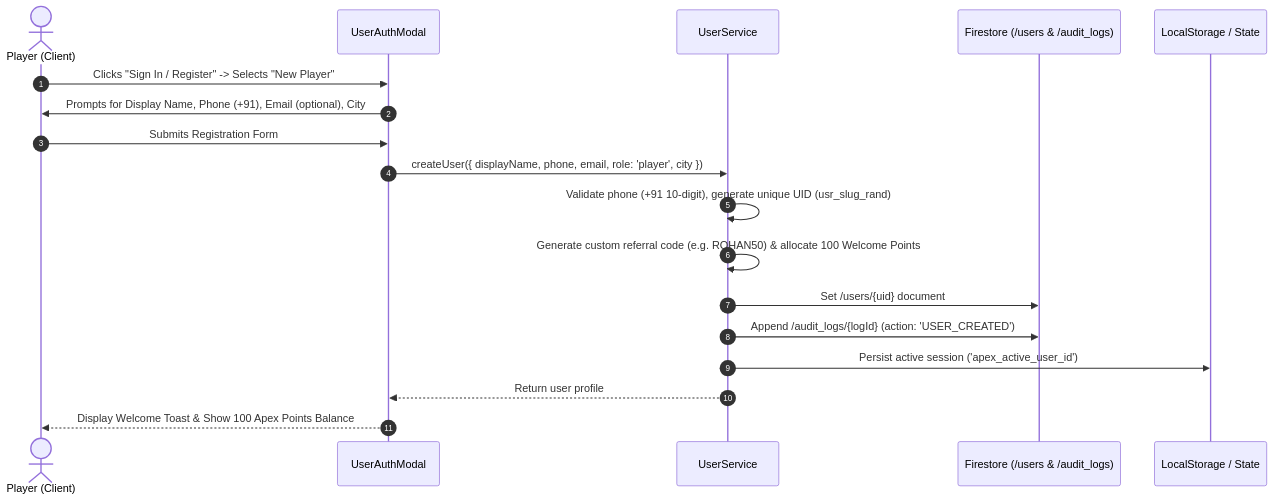
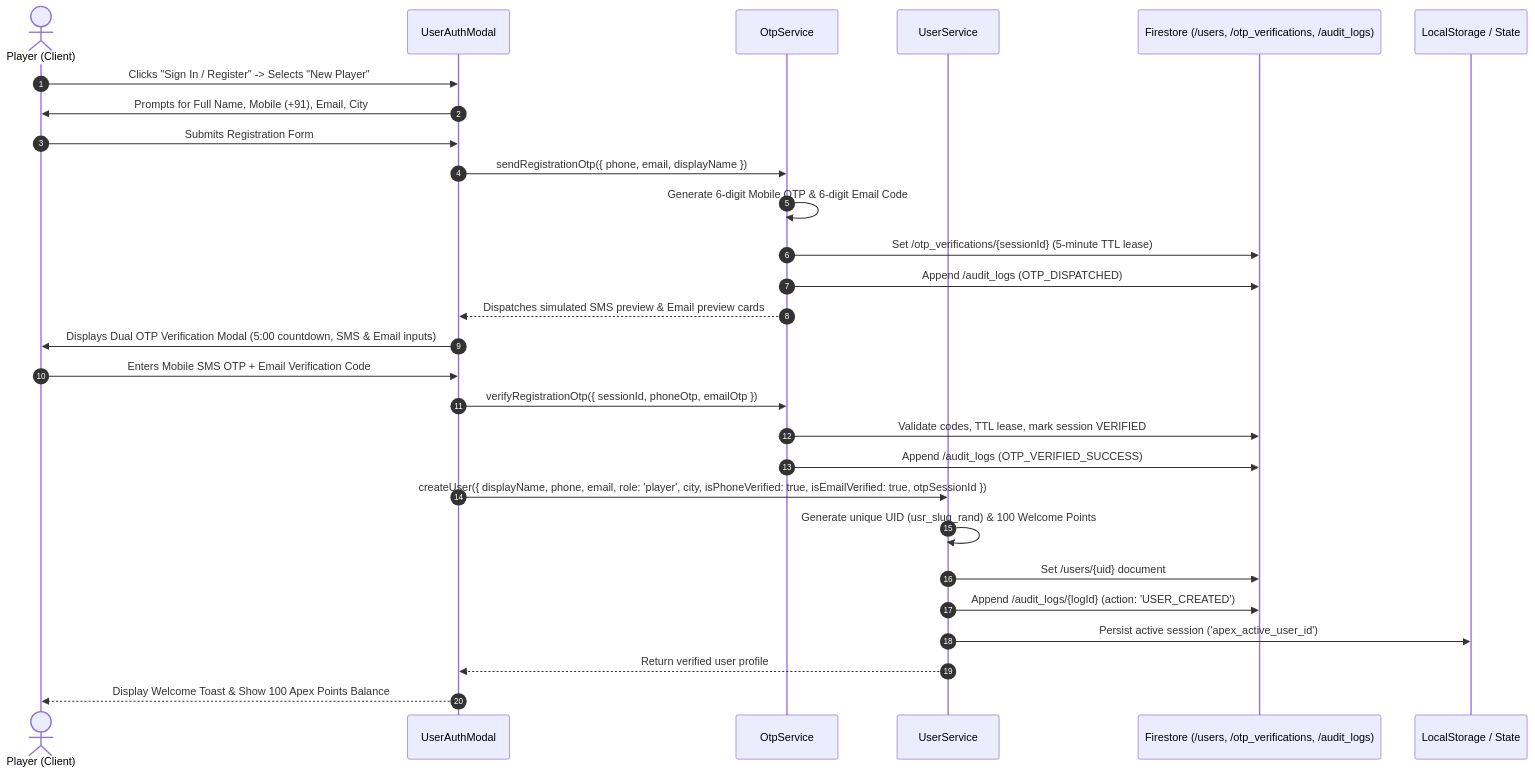
Before and after one commit to pushpendrarait/project-apex: the second of 11 diagrams in docs/workflows/comprehensive-call-workflows.md, drawn with Mermaid. The commit also changed other lines of this file and 8 other files, not shown here.

Commit message:
feat: implement dual mobile and email OTP authentication for user and facility owner registration

````diff
--- a/docs/workflows/comprehensive-call-workflows.md
+++ b/docs/workflows/comprehensive-call-workflows.md
@@ -73,21 +73,31 @@
 ```mermaid
 sequenceDiagram
     autonumber
     actor Player as Player (Client)
     participant AuthModal as UserAuthModal
+    participant OtpSvc as OtpService
     participant UserSvc as UserService
-    participant Firestore as Firestore (/users & /audit_logs)
+    participant Firestore as Firestore (/users, /otp_verifications, /audit_logs)
     participant Storage as LocalStorage / State
 
     Player->>AuthModal: Clicks "Sign In / Register" -> Selects "New Player"
-    AuthModal->>Player: Prompts for Display Name, Phone (+91), Email (optional), City
+    AuthModal->>Player: Prompts for Full Name, Mobile (+91), Email, City
     Player->>AuthModal: Submits Registration Form
-    AuthModal->>UserSvc: createUser({ displayName, phone, email, role: 'player', city })
-    UserSvc->>UserSvc: Validate phone (+91 10-digit), generate unique UID (usr_slug_rand)
-    UserSvc->>UserSvc: Generate custom referral code (e.g. ROHAN50) & allocate 100 Welcome Points
+    AuthModal->>OtpSvc: sendRegistrationOtp({ phone, email, displayName })
+    OtpSvc->>OtpSvc: Generate 6-digit Mobile OTP & 6-digit Email Code
+    OtpSvc->>Firestore: Set /otp_verifications/{sessionId} (5-minute TTL lease)
+    OtpSvc->>Firestore: Append /audit_logs (OTP_DISPATCHED)
+    OtpSvc-->>AuthModal: Dispatches simulated SMS preview & Email preview cards
+    AuthModal->>Player: Displays Dual OTP Verification Modal (5:00 countdown, SMS & Email inputs)
+    Player->>AuthModal: Enters Mobile SMS OTP + Email Verification Code
+    AuthModal->>OtpSvc: verifyRegistrationOtp({ sessionId, phoneOtp, emailOtp })
+    OtpSvc->>Firestore: Validate codes, TTL lease, mark session VERIFIED
+    OtpSvc->>Firestore: Append /audit_logs (OTP_VERIFIED_SUCCESS)
+    AuthModal->>UserSvc: createUser({ displayName, phone, email, role: 'player', city, isPhoneVerified: true, isEmailVerified: true, otpSessionId })
+    UserSvc->>UserSvc: Generate unique UID (usr_slug_rand) & 100 Welcome Points
     UserSvc->>Firestore: Set /users/{uid} document
     UserSvc->>Firestore: Append /audit_logs/{logId} (action: 'USER_CREATED')
     UserSvc->>Storage: Persist active session ('apex_active_user_id')
-    UserSvc-->>AuthModal: Return user profile
+    UserSvc-->>AuthModal: Return verified user profile
     AuthModal-->>Player: Display Welcome Toast & Show 100 Apex Points Balance
 ```
````
